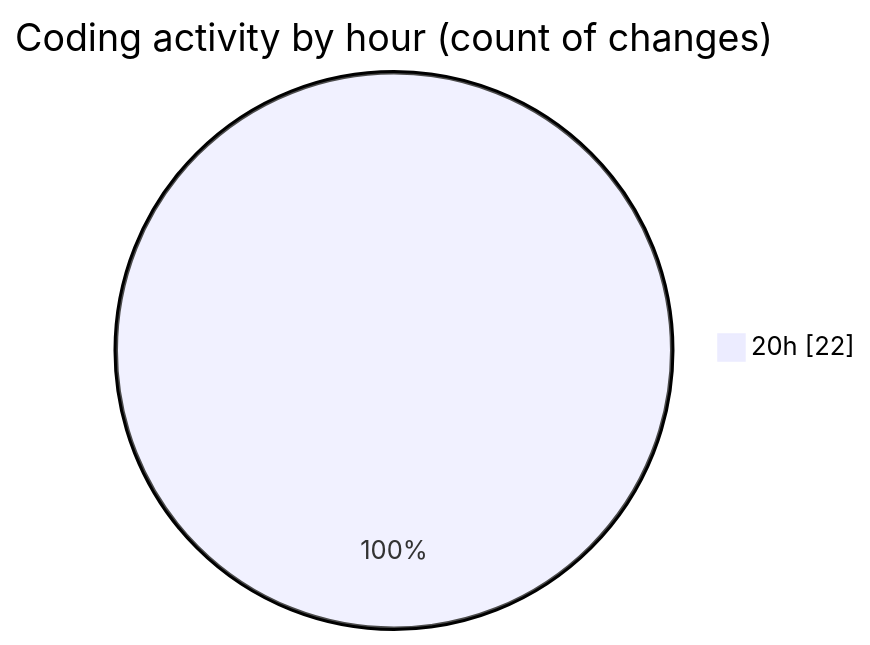
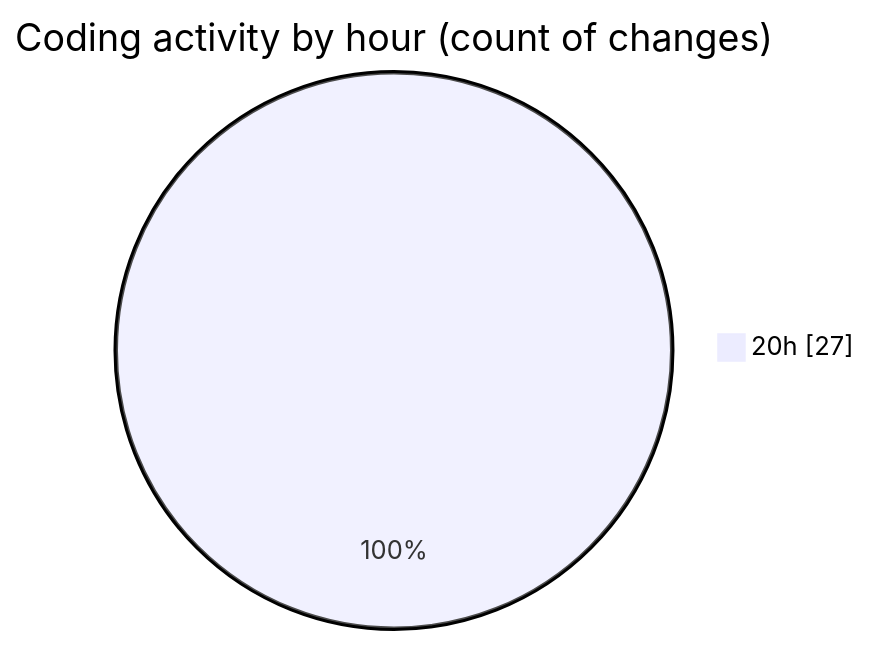
One commit to Netris89/code-tracking changed the second of 2 diagrams in 2025-03-31/echo/README.md. Above: the diagram before and after it, drawn with Mermaid. The commit also changed other lines of this file and 1 other file, not shown here.

````diff
--- a/2025-03-31/echo/README.md
+++ b/2025-03-31/echo/README.md
@@ -28,5 +28,5 @@
 ```mermaid
 pie showData
 title Coding activity by hour (count of changes)
-"20h" : 22
+"20h" : 27
 ```
````
